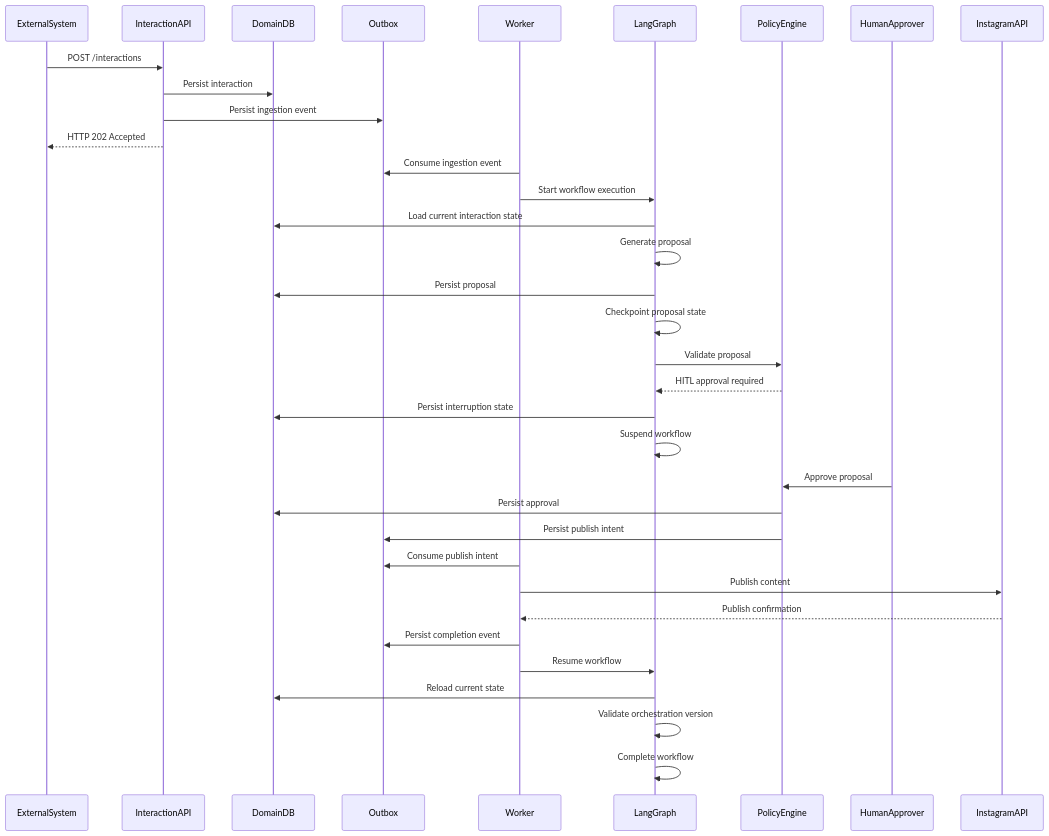
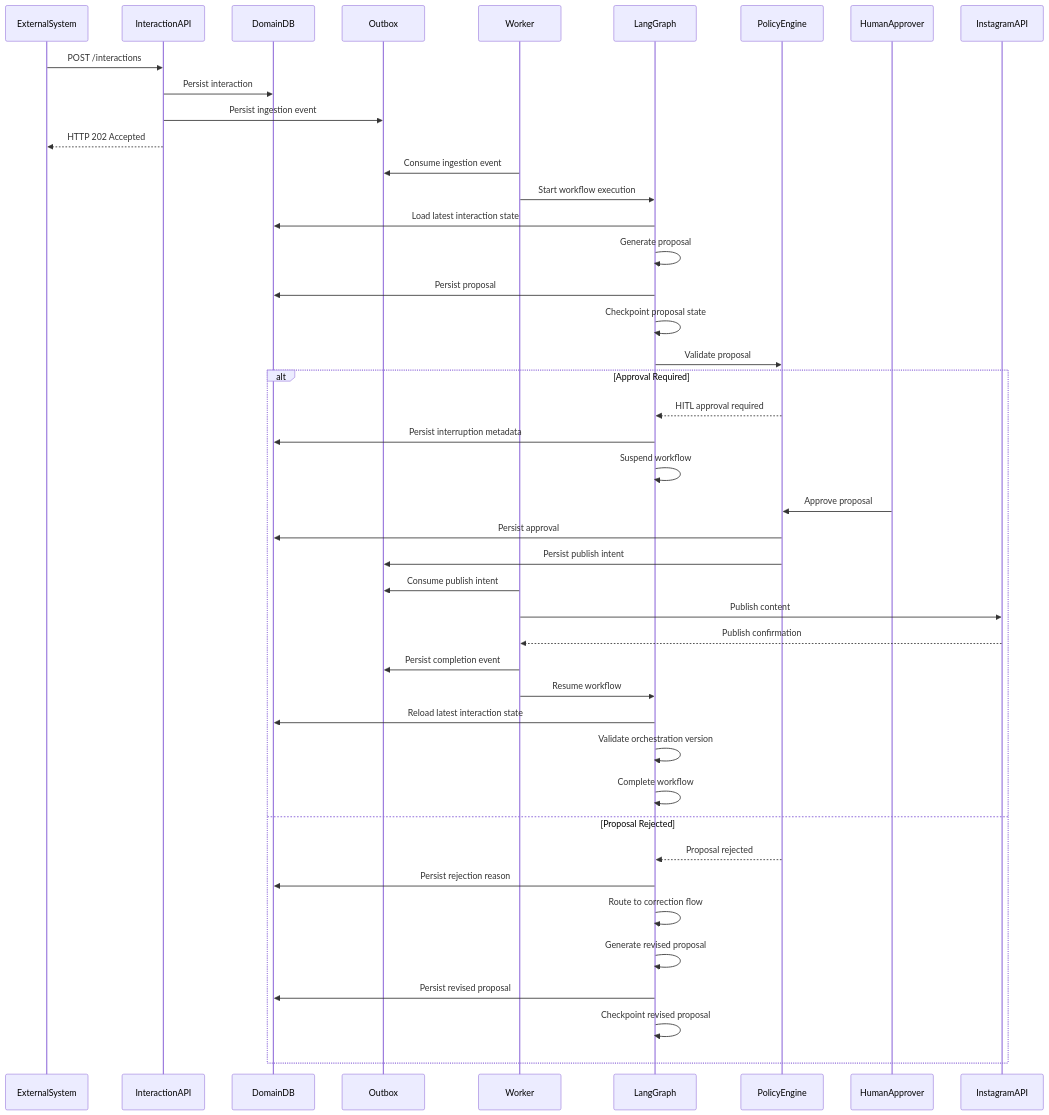
One commit to acavalcanti/ai-event-platform changed the diagram in docs/07-sequences/interaction-flow.md. Above: the diagram before and after it, drawn with Mermaid. The commit also changed other lines of this file and 3 other files, not shown here.

Commit message:
docs: added interaction-state and orchestration-topology and minor adjustments to the workflow

````diff
--- a/docs/07-sequences/interaction-flow.md
+++ b/docs/07-sequences/interaction-flow.md
@@ -17,52 +18,68 @@
 ```mermaid
 sequenceDiagram
 
 participant ExternalSystem
 participant InteractionAPI
 participant DomainDB
 participant Outbox
 participant Worker
 participant LangGraph
 participant PolicyEngine
 participant HumanApprover
 participant InstagramAPI
 
 ExternalSystem->>InteractionAPI: POST /interactions
 InteractionAPI->>DomainDB: Persist interaction
 InteractionAPI->>Outbox: Persist ingestion event
 InteractionAPI-->>ExternalSystem: HTTP 202 Accepted
 
 Worker->>Outbox: Consume ingestion event
 Worker->>LangGraph: Start workflow execution
 
-LangGraph->>DomainDB: Load current interaction state
+LangGraph->>DomainDB: Load latest interaction state
 LangGraph->>LangGraph: Generate proposal
 
 LangGraph->>DomainDB: Persist proposal
 LangGraph->>LangGraph: Checkpoint proposal state
 
 LangGraph->>PolicyEngine: Validate proposal
 
-PolicyEngine-->>LangGraph: HITL approval required
+alt Approval Required
 
-LangGraph->>DomainDB: Persist interruption state
-LangGraph->>LangGraph: Suspend workflow
+    PolicyEngine-->>LangGraph: HITL approval required
 
-HumanApprover->>PolicyEngine: Approve proposal
+    LangGraph->>DomainDB: Persist interruption metadata
+    LangGraph->>LangGraph: Suspend workflow
 
-PolicyEngine->>DomainDB: Persist approval
-PolicyEngine->>Outbox: Persist publish intent
+    HumanApprover->>PolicyEngine: Approve proposal
 
-Worker->>Outbox: Consume publish intent
-Worker->>InstagramAPI: Publish content
+    PolicyEngine->>DomainDB: Persist approval
+    PolicyEngine->>Outbox: Persist publish intent
 
-InstagramAPI-->>Worker: Publish confirmation
+    Worker->>Outbox: Consume publish intent
+    Worker->>InstagramAPI: Publish content
 
-Worker->>Outbox: Persist completion event
+    InstagramAPI-->>Worker: Publish confirmation
 
-Worker->>LangGraph: Resume workflow
+    Worker->>Outbox: Persist completion event
 
-LangGraph->>DomainDB: Reload current state
-LangGraph->>LangGraph: Validate orchestration version
-LangGraph->>LangGraph: Complete workflow
+    Worker->>LangGraph: Resume workflow
+
+    LangGraph->>DomainDB: Reload latest interaction state
+    LangGraph->>LangGraph: Validate orchestration version
+    LangGraph->>LangGraph: Complete workflow
+
+else Proposal Rejected
+
+    PolicyEngine-->>LangGraph: Proposal rejected
+
+    LangGraph->>DomainDB: Persist rejection reason
+    LangGraph->>LangGraph: Route to correction flow
+
+    LangGraph->>LangGraph: Generate revised proposal
+
+    LangGraph->>DomainDB: Persist revised proposal
+    LangGraph->>LangGraph: Checkpoint revised proposal
+
+end
 ```
````
